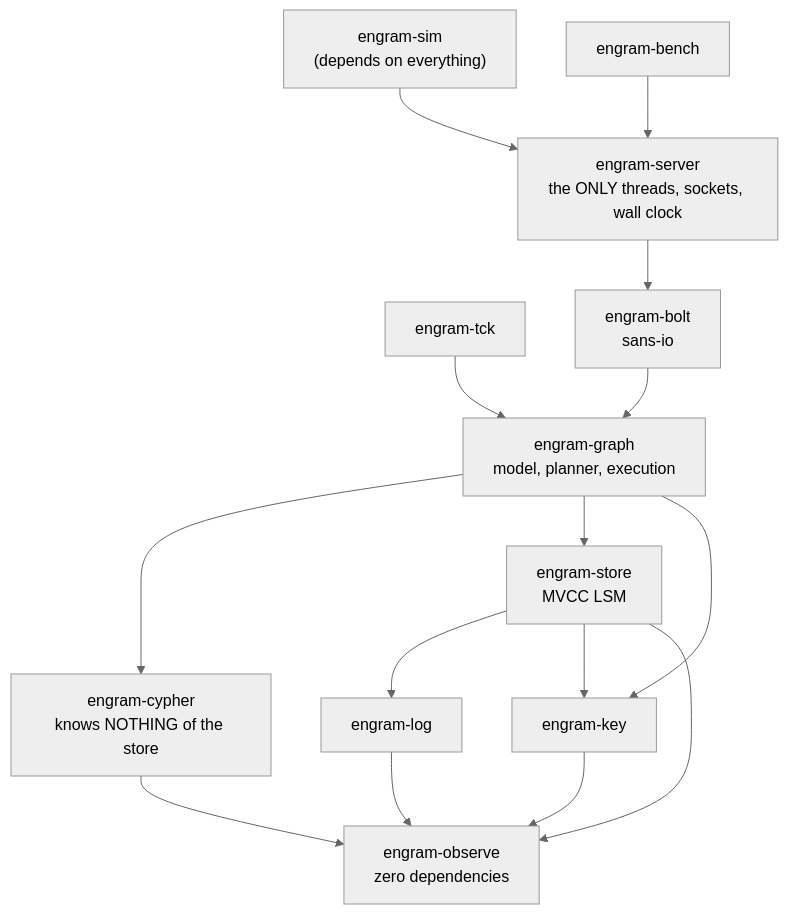
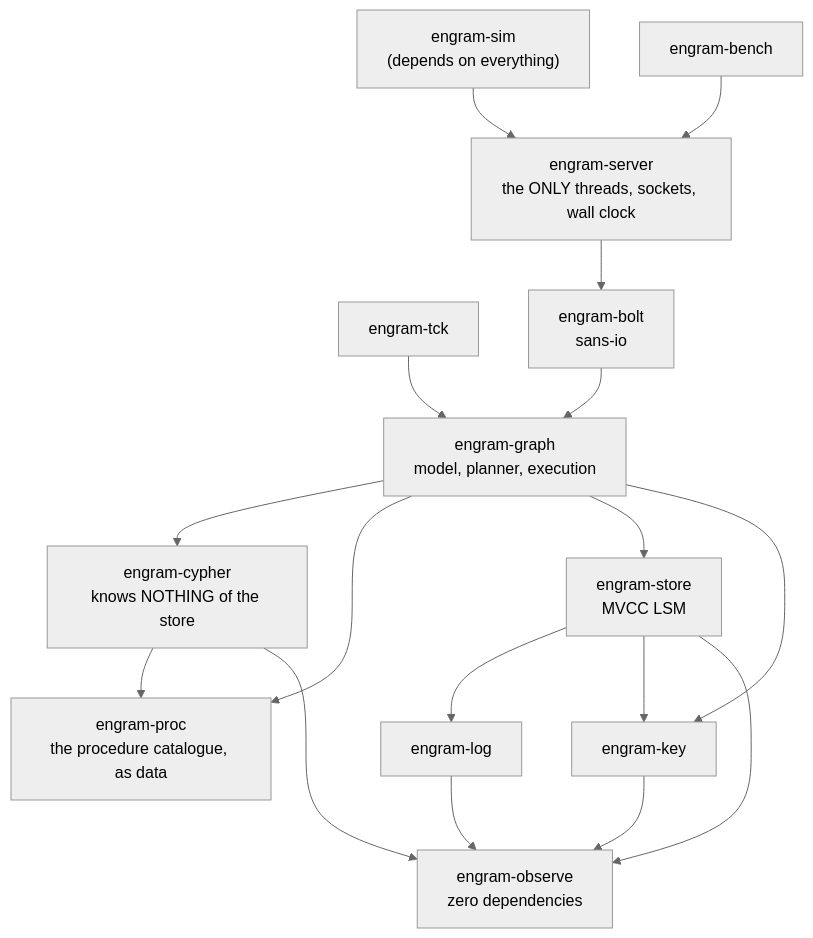
Before and after one commit to dsamford/engram: the diagram in docs/book/src/architecture/crate-map.md, drawn with Mermaid (neutral theme). The commit also changed other lines of this file and 583 other files, not shown here.

````diff
--- a/docs/book/src/architecture/crate-map.md
+++ b/docs/book/src/architecture/crate-map.md
@@ -11,29 +12,32 @@
 ```mermaid
 flowchart TB
     SIM["engram-sim<br/>(depends on everything)"]
     BENCH["engram-bench"]
     TCK["engram-tck"]
     SRV["engram-server<br/>the ONLY threads, sockets, wall clock"]
     BOLT["engram-bolt<br/>sans-io"]
     GRAPH["engram-graph<br/>model, planner, execution"]
     CYPHER["engram-cypher<br/>knows NOTHING of the store"]
+    PROC["engram-proc<br/>the procedure catalogue, as data"]
     STORE["engram-store<br/>MVCC LSM"]
     LOG["engram-log"]
     KEY["engram-key"]
     OBS["engram-observe<br/>zero dependencies"]
 
     SIM --> SRV
     BENCH --> SRV
     TCK --> GRAPH
     SRV --> BOLT
     BOLT --> GRAPH
     GRAPH --> CYPHER
+    GRAPH --> PROC
+    CYPHER --> PROC
     GRAPH --> STORE
     GRAPH --> KEY
     STORE --> LOG
     STORE --> KEY
     LOG --> OBS
     KEY --> OBS
     CYPHER --> OBS
     STORE --> OBS
 ```
````
